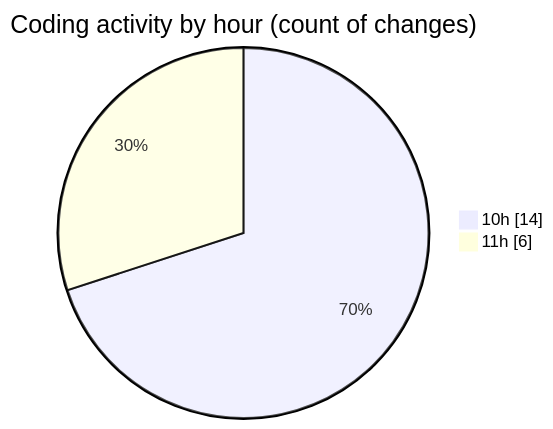
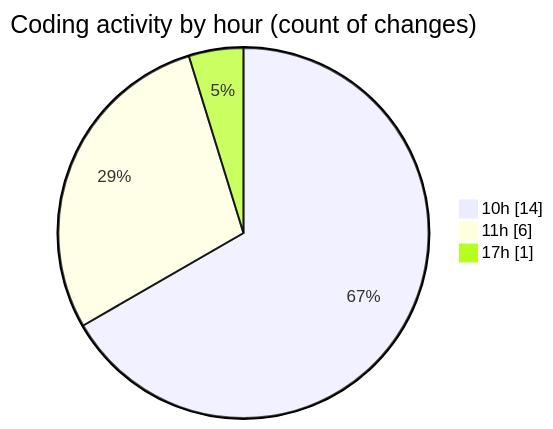
The second of 2 diagrams in 2026-05-03/nxtqube_webapp/README.md (nxtqubesakshisongat/code-tracking), drawn with Mermaid before and after one commit. The commit also changed other lines of this file and 1 other file, not shown here.

````diff
--- a/2026-05-03/nxtqube_webapp/README.md
+++ b/2026-05-03/nxtqube_webapp/README.md
@@ -31,6 +33,7 @@
 ```mermaid
 pie showData
 title Coding activity by hour (count of changes)
 "10h" : 14
 "11h" : 6
+"17h" : 1
 ```
````
